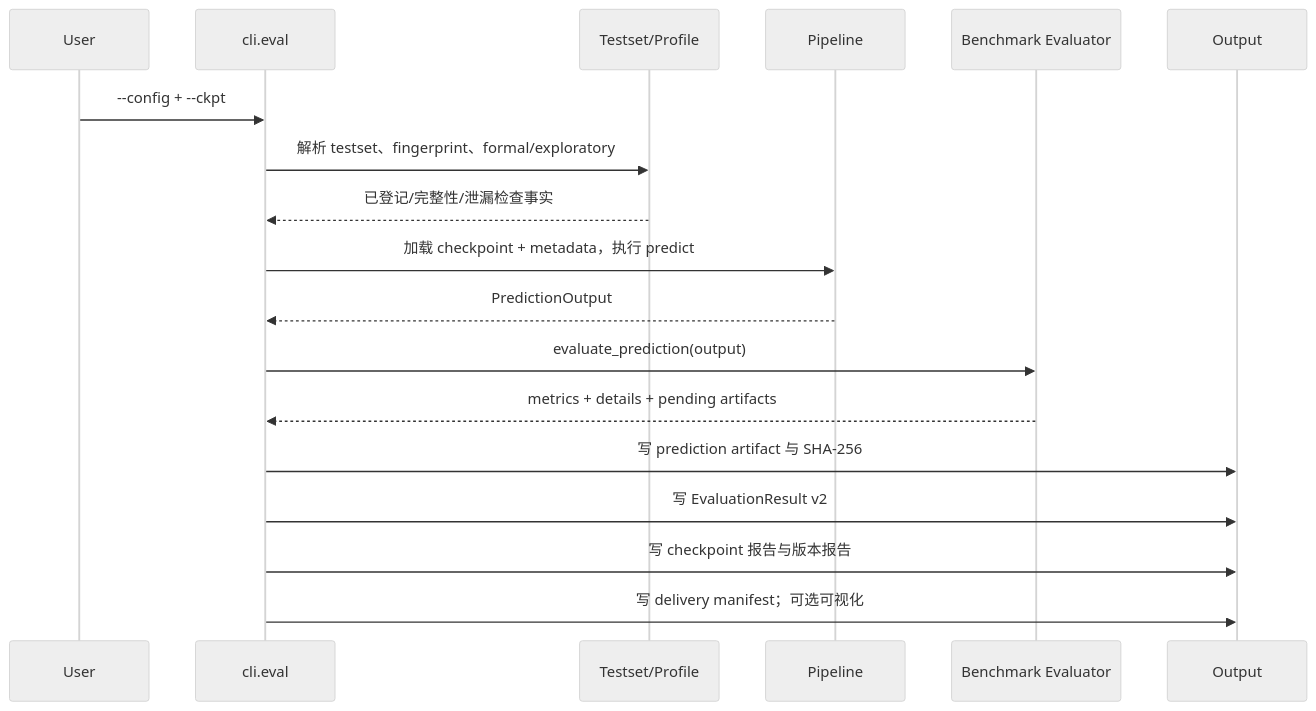
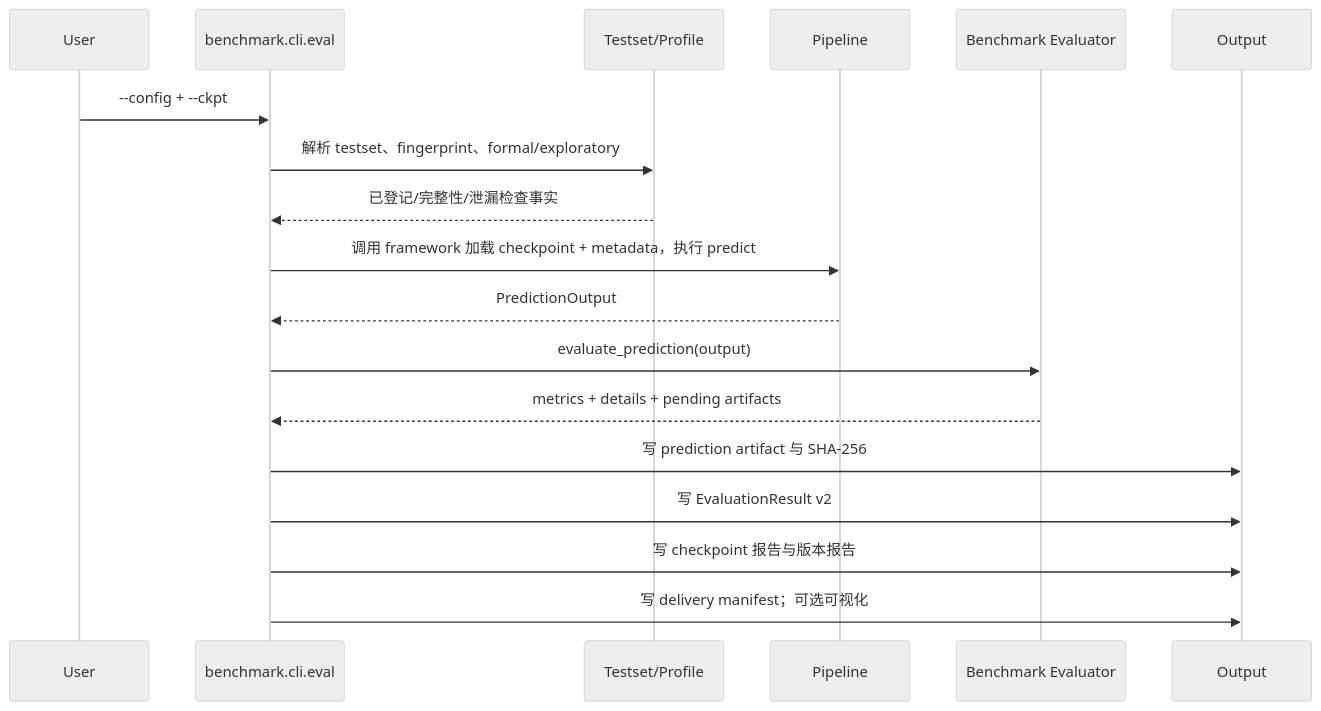
Before and after one commit to siu7u/Cleansight_models: the fourth of 4 diagrams in README.md, drawn with Mermaid (neutral theme). The commit also changed other lines of this file and 56 other files, not shown here.

First line of the commit message:
refactor(eval): 将评测能力统一迁移至 benchmark

````diff
--- a/README.md
+++ b/README.md
@@ -161,21 +164,21 @@
 ```mermaid
 sequenceDiagram
     participant U as User
-    participant E as cli.eval
+    participant E as benchmark.cli.eval
     participant T as Testset/Profile
     participant P as Pipeline
     participant B as Benchmark Evaluator
     participant O as Output
 
     U->>E: --config + --ckpt
     E->>T: 解析 testset、fingerprint、formal/exploratory
     T-->>E: 已登记/完整性/泄漏检查事实
-    E->>P: 加载 checkpoint + metadata，执行 predict
+    E->>P: 调用 framework 加载 checkpoint + metadata，执行 predict
     P-->>E: PredictionOutput
     E->>B: evaluate_prediction(output)
     B-->>E: metrics + details + pending artifacts
     E->>O: 写 prediction artifact 与 SHA-256
     E->>O: 写 EvaluationResult v2
     E->>O: 写 checkpoint 报告与版本报告
     E->>O: 写 delivery manifest；可选可视化
 ```
````
